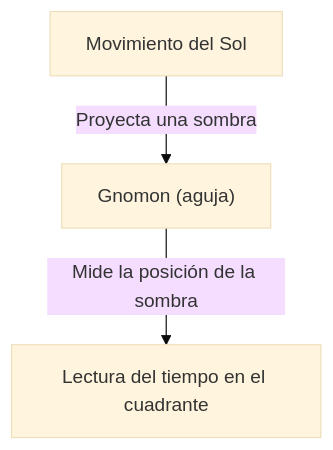
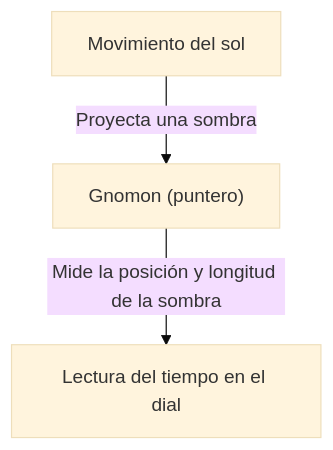
One commit to kenjinote/blog changed the first of 3 diagrams in content/post/history-of-timekeeping-technology/index.es.md. Above: the diagram before and after it, drawn with Mermaid (base theme). The commit also changed other lines of this file and 129 other files, not shown here.

````diff
--- a/content/post/history-of-timekeeping-technology/index.es.md
+++ b/content/post/history-of-timekeeping-technology/index.es.md
@@ -19,5 +22,5 @@
 ```mermaid
 graph TD
-    A["Movimiento del Sol"] -- "Proyecta una sombra" --> B["Gnomon (aguja)"]
-    B -- "Mide la posición de la sombra" --> C["Lectura del tiempo en el cuadrante"]
+    A["Movimiento del sol"] -- "Proyecta una sombra" --> B["Gnomon (puntero)"]
+    B -- "Mide la posición y longitud de la sombra" --> C["Lectura del tiempo en el dial"]
 ```
````
